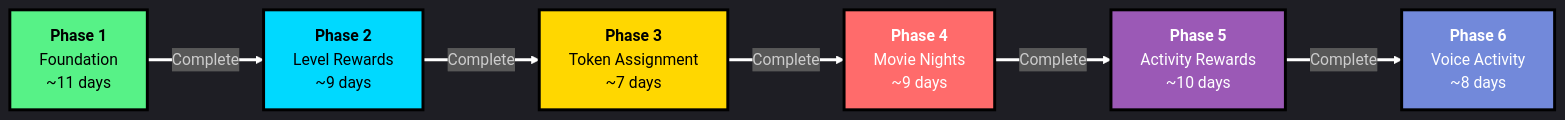
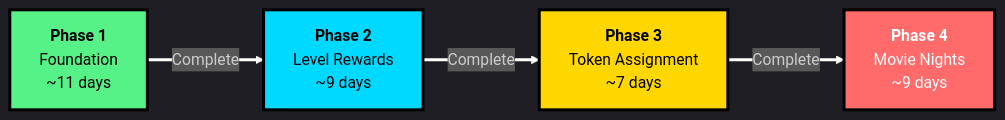
One commit to watchthelight/pawtech-v2 changed the seventh of 8 diagrams in docs/roadmap/ROLE_AUTOMATION_PLAN.md. Above: the diagram before and after it, drawn with Mermaid. The commit also changed other lines of this file, not shown here.

````diff
--- a/docs/roadmap/ROLE_AUTOMATION_PLAN.md
+++ b/docs/roadmap/ROLE_AUTOMATION_PLAN.md
@@ -881,25 +746,19 @@
 ```mermaid
 %%{init: {'theme':'dark', 'themeVariables': { 'fontSize':'16px'}}}%%
 flowchart LR
     P1["<b>Phase 1</b><br/>Foundation<br/>~11 days"]
     P2["<b>Phase 2</b><br/>Level Rewards<br/>~9 days"]
     P3["<b>Phase 3</b><br/>Token Assignment<br/>~7 days"]
     P4["<b>Phase 4</b><br/>Movie Nights<br/>~9 days"]
-    P5["<b>Phase 5</b><br/>Activity Rewards<br/>~10 days"]
-    P6["<b>Phase 6</b><br/>Voice Activity<br/>~8 days"]
 
     P1 -->|"Complete"| P2
     P2 -->|"Complete"| P3
     P3 -->|"Complete"| P4
-    P4 -->|"Complete"| P5
-    P5 -->|"Complete"| P6
 
     style P1 fill:#57F287,stroke:#000,stroke-width:3px,color:#000
     style P2 fill:#00D9FF,stroke:#000,stroke-width:3px,color:#000
     style P3 fill:#FFD700,stroke:#000,stroke-width:3px,color:#000
     style P4 fill:#FF6B6B,stroke:#000,stroke-width:3px,color:#fff
-    style P5 fill:#9B59B6,stroke:#000,stroke-width:3px,color:#fff
-    style P6 fill:#7289DA,stroke:#000,stroke-width:3px,color:#fff
 
     linkStyle default stroke:#fff,stroke-width:3px
 ```
````
